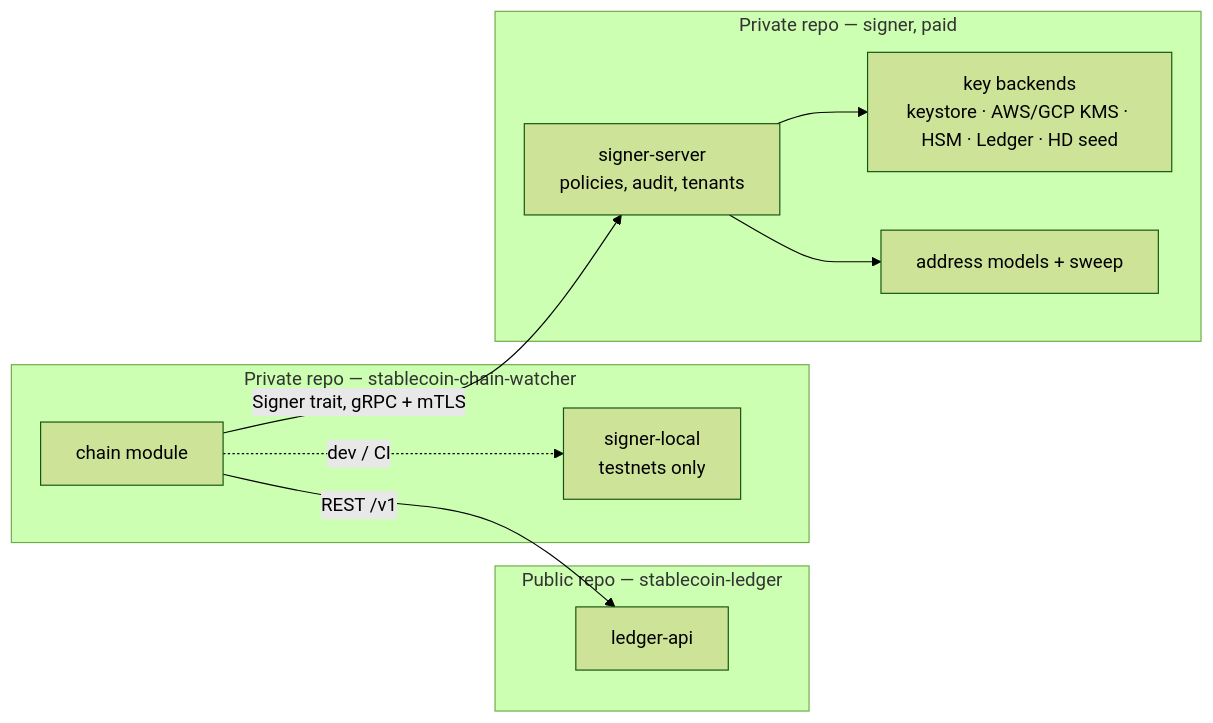
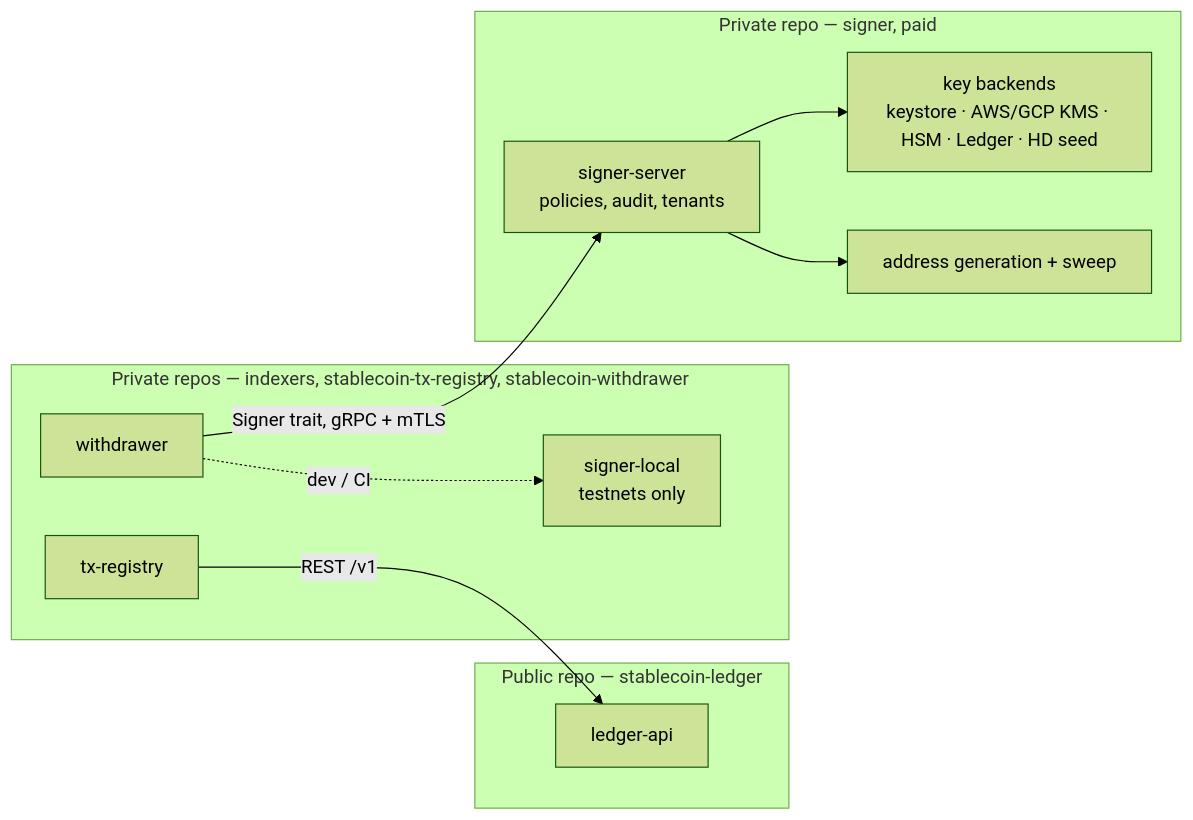
One commit to Next-Vector/stablecoin-ledger changed the fifth of 5 diagrams in docs/architecture.md. Above: the diagram before and after it, drawn with Mermaid (forest theme). The commit also changed other lines of this file and 3 other files, not shown here.

Commit message:
docs: describe the tx registry, indexers and withdrawer (#72)

````diff
--- a/docs/architecture.md
+++ b/docs/architecture.md
@@ -146,20 +151,21 @@
 ```mermaid
 flowchart LR
     subgraph public [Public repo — stablecoin-ledger]
         ledger[ledger-api]
     end
-    subgraph chainrepo [Private repo — stablecoin-chain-watcher]
-        chain[chain module]
+    subgraph chainside [Private repos — indexers, stablecoin-tx-registry, stablecoin-withdrawer]
+        reg[tx-registry]
+        wd[withdrawer]
         local[signer-local<br/>testnets only]
     end
     subgraph private [Private repo — signer, paid]
         srv[signer-server<br/>policies, audit, tenants]
         keys["key backends<br/>keystore · AWS/GCP KMS · HSM · Ledger · HD seed"]
-        addr[address models + sweep]
+        addr[address generation + sweep]
     end
-    chain -- "REST /v1" --> ledger
-    chain -- "Signer trait, gRPC + mTLS" --> srv
-    chain -. dev / CI .-> local
+    reg -- "REST /v1" --> ledger
+    wd -- "Signer trait, gRPC + mTLS" --> srv
+    wd -. dev / CI .-> local
     srv --> keys
     srv --> addr
 ```
````
